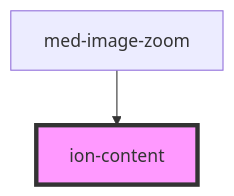
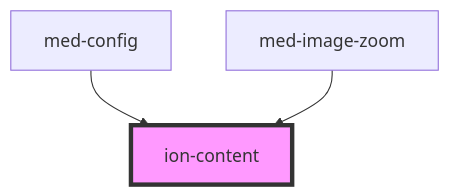
The diagram in core/src/components/content/readme.md (ionic-team/ionic-framework), drawn with Mermaid before and after one commit. The commit also changed other lines of this file and 450 other files, not shown here.

````diff
--- a/core/src/components/content/readme.md
+++ b/core/src/components/content/readme.md
@@ -268,5 +269,6 @@
 ```mermaid
 graph TD;
+  med-config --> ion-content
   med-image-zoom --> ion-content
   style ion-content fill:#f9f,stroke:#333,stroke-width:4px
 ```
````
